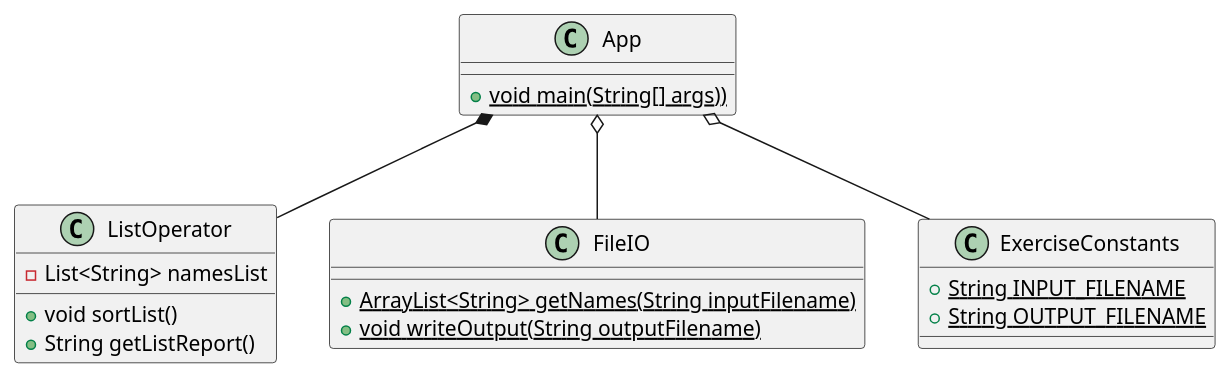
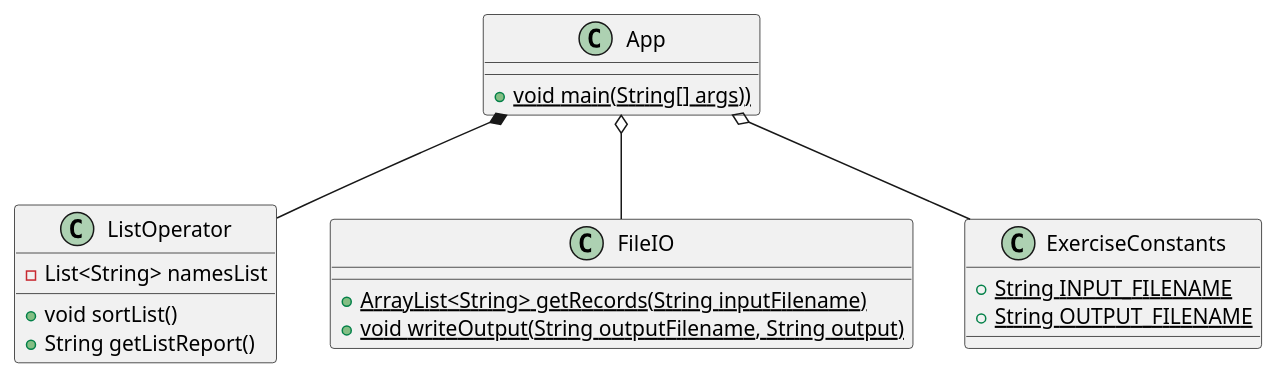
Before and after one commit to brooksmckinley/mckinley-cop3330-assignment3: the diagram in src/main/java/ex41/App.puml, drawn with PlantUML. The commit also changed 9 other files, not shown here.

```diff
--- a/src/main/java/ex41/App.puml
+++ b/src/main/java/ex41/App.puml
@@ -1,28 +1,28 @@
 @startuml
 'https://plantuml.com/class-diagram
 
 App *-- ListOperator
 App o-- FileIO
 App o-- ExerciseConstants
 
 class App {
     +{static} void main(String[] args))
 }
 
 class FileIO {
-    +{static} ArrayList<String> getNames(String inputFilename)
-    +{static} void writeOutput(String outputFilename)
+    +{static} ArrayList<String> getRecords(String inputFilename)
+    +{static} void writeOutput(String outputFilename, String output)
 }
 
 class ListOperator {
     -List<String> namesList
     +void sortList()
     +String getListReport()
 }
 
 class ExerciseConstants {
     +{static} String INPUT_FILENAME
     +{static} String OUTPUT_FILENAME
 }
 
 @enduml
```
